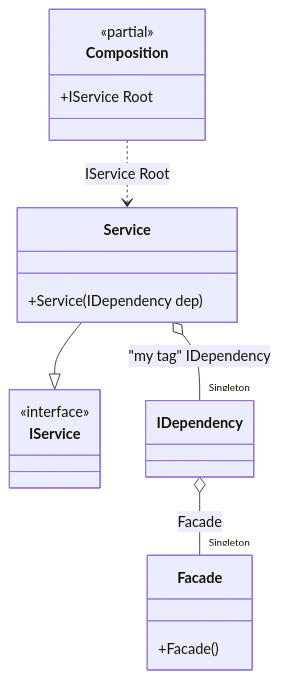
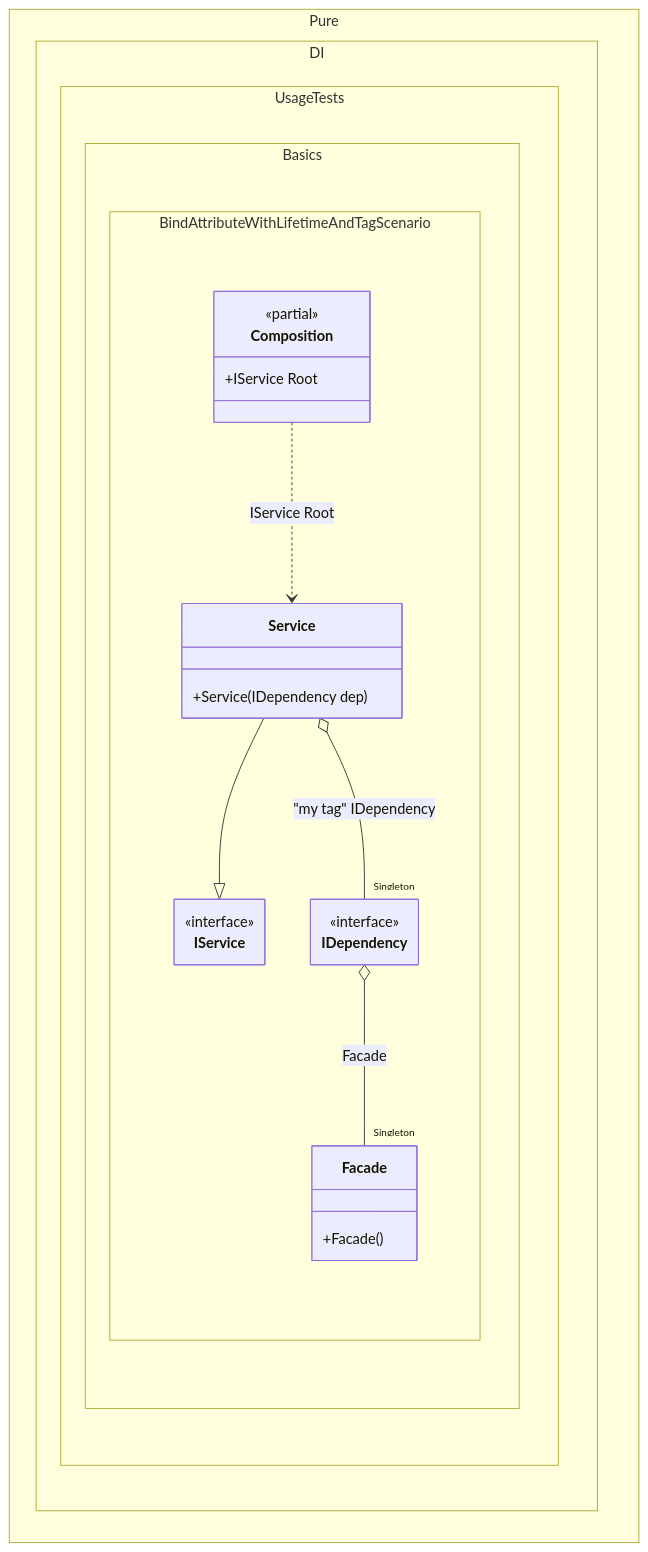
One commit to DevTeam/Pure.DI changed the diagram in readme/bind-attribute-with-lifetime-and-tag.md. Above: the diagram before and after it, drawn with Mermaid. The commit also changed 103 other files, not shown here.

Commit message:
Improved class diagrams

````diff
--- a/readme/bind-attribute-with-lifetime-and-tag.md
+++ b/readme/bind-attribute-with-lifetime-and-tag.md
@@ -101,21 +101,30 @@
 ```mermaid
+---
+ config:
+  class:
+   hideEmptyMembersBox: true
+---
 classDiagram
-	class Composition {
-		<<partial>>
-		+IService Root
-	}
 	Service --|> IService
-	class Service {
-		+Service(IDependency dep)
-	}
-	class IDependency
-	class Facade {
-		+Facade()
-	}
-	class IService {
-		<<interface>>
-	}
 	Composition ..> Service : IService Root
 	Service o-- "Singleton" IDependency : "my tag"  IDependency
 	IDependency o-- "Singleton" Facade : Facade
+	namespace Pure.DI.UsageTests.Basics.BindAttributeWithLifetimeAndTagScenario {
+		class Composition {
+		<<partial>>
+		+IService Root
+		}
+		class Facade {
+			+Facade()
+		}
+		class IDependency {
+				<<interface>>
+		}
+		class IService {
+			<<interface>>
+		}
+		class Service {
+			+Service(IDependency dep)
+		}
+	}
 ```
````
